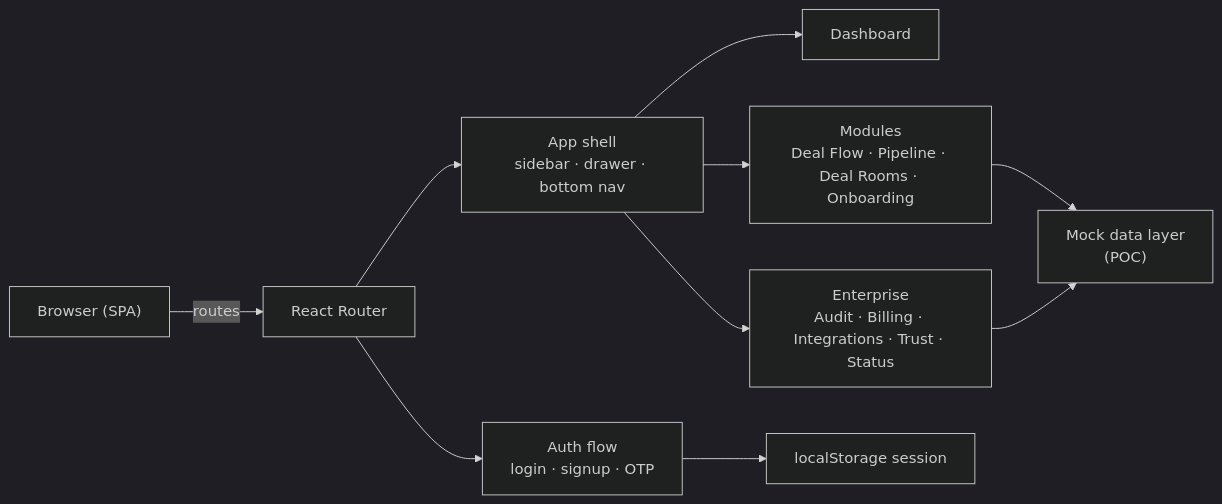
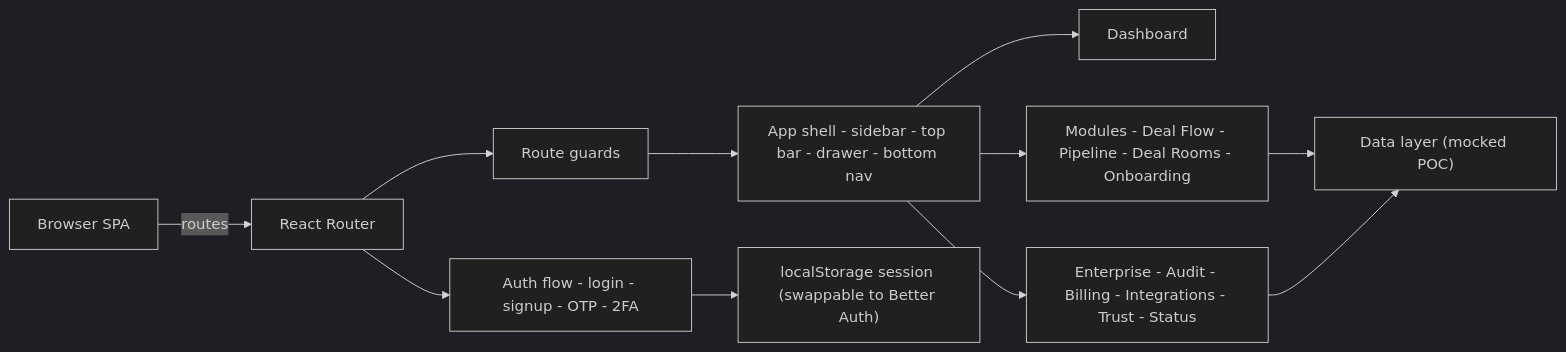
The first of 4 diagrams in README.md (an-nita-llc/Annita-Impact-Innovation-Hub-AIIM), drawn with Mermaid (dark theme) before and after one commit. The commit also changed other lines of this file, not shown here.

Commit message:
Make README detailed: diagrams, journeys, module map, data model, security

````diff
--- a/README.md
+++ b/README.md
@@ -66,12 +41,13 @@
 ```mermaid
 flowchart LR
-  Browser["Browser (SPA)"] -->|routes| Router["React Router"]
-  Router --> Auth["Auth flow<br/>login · signup · OTP"]
-  Router --> App["App shell<br/>sidebar · drawer · bottom nav"]
-  App --> Dashboard["Dashboard"]
-  App --> Modules["Modules<br/>Deal Flow · Pipeline · Deal Rooms · Onboarding"]
-  App --> Enterprise["Enterprise<br/>Audit · Billing · Integrations · Trust · Status"]
-  Auth --> Local["localStorage session"]
-  Modules --> Mock["Mock data layer<br/>(POC)"]
-  Enterprise --> Mock
+  Browser["Browser SPA"] -->|routes| Router["React Router"]
+  Router --> Auth["Auth flow - login - signup - OTP - 2FA"]
+  Router --> Gate["Route guards"]
+  Gate --> Shell["App shell - sidebar - top bar - drawer - bottom nav"]
+  Shell --> Dashboard["Dashboard"]
+  Shell --> Modules["Modules - Deal Flow - Pipeline - Deal Rooms - Onboarding"]
+  Shell --> Enterprise["Enterprise - Audit - Billing - Integrations - Trust - Status"]
+  Auth --> Session["localStorage session (swappable to Better Auth)"]
+  Modules --> Data["Data layer (mocked POC)"]
+  Enterprise --> Data
 ```
````
